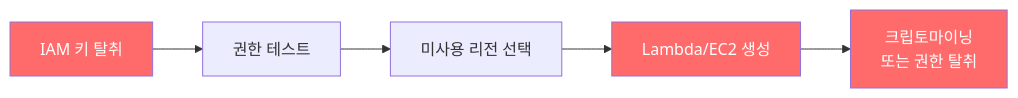
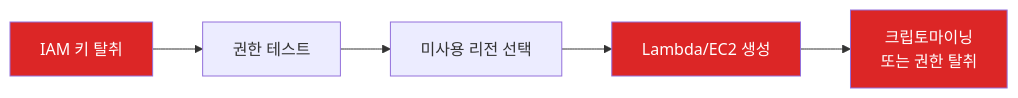
The first of 2 diagrams in content/security/lambda-security-issue.md (kimduksoo/duksoo-tech-blog), drawn with Mermaid before and after one commit. The commit also changed 1 other file, not shown here.

Commit message:
Mermaid 다이어그램 색상 개선 (촌스러운 핑크 → 세련된 레드)

````diff
--- a/content/security/lambda-security-issue.md
+++ b/content/security/lambda-security-issue.md
@@ -23,11 +23,11 @@
 ```mermaid
 flowchart LR
     A[IAM 키 탈취] --> B[권한 테스트]
     B --> C[미사용 리전 선택]
     C --> D[Lambda/EC2 생성]
     D --> E[크립토마이닝<br/>또는 권한 탈취]
 
-    style A fill:#ff6b6b,color:#fff
-    style D fill:#ff6b6b,color:#fff
-    style E fill:#ff6b6b,color:#fff
+    style A fill:#dc2626,color:#fff
+    style D fill:#dc2626,color:#fff
+    style E fill:#dc2626,color:#fff
 ```
````
